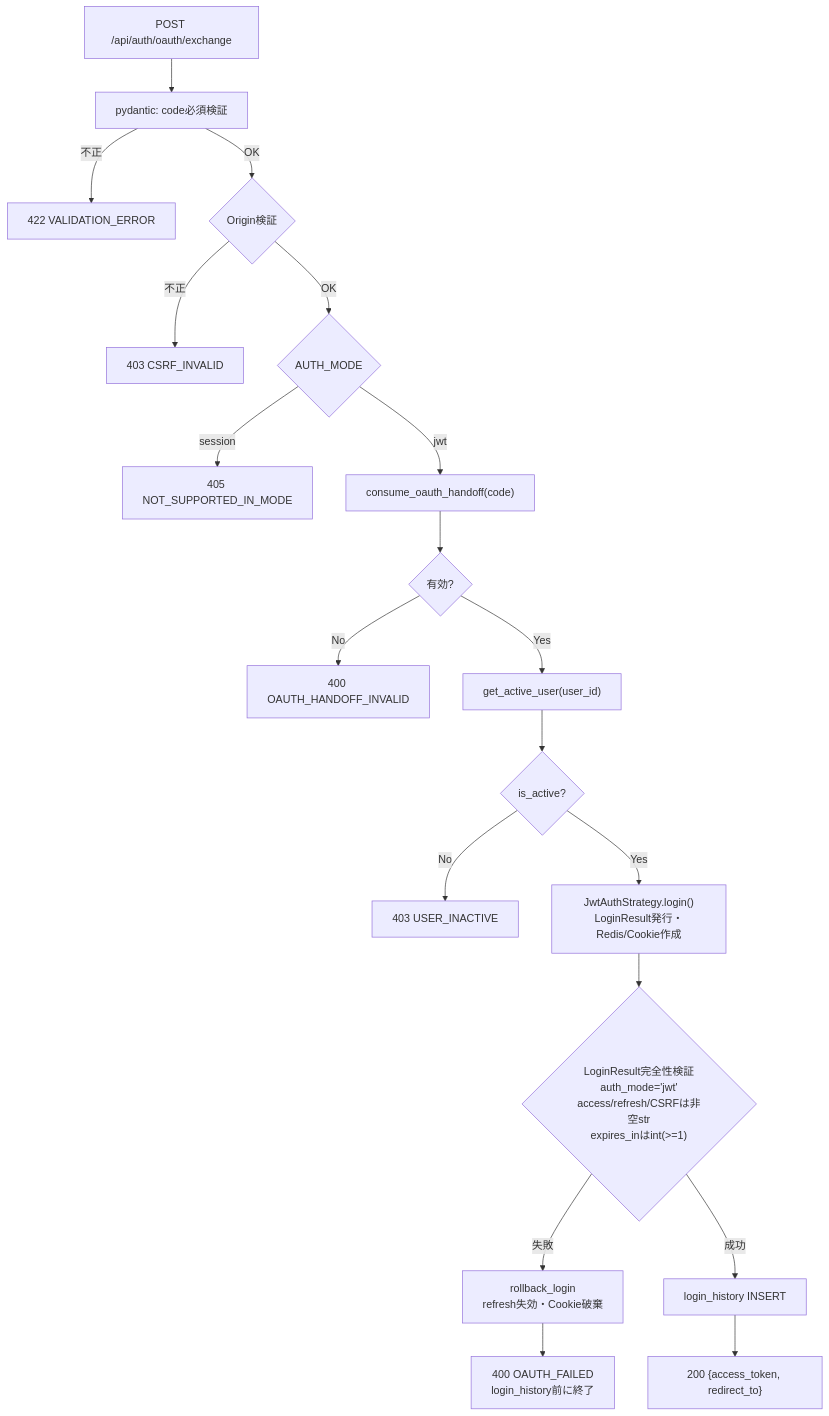
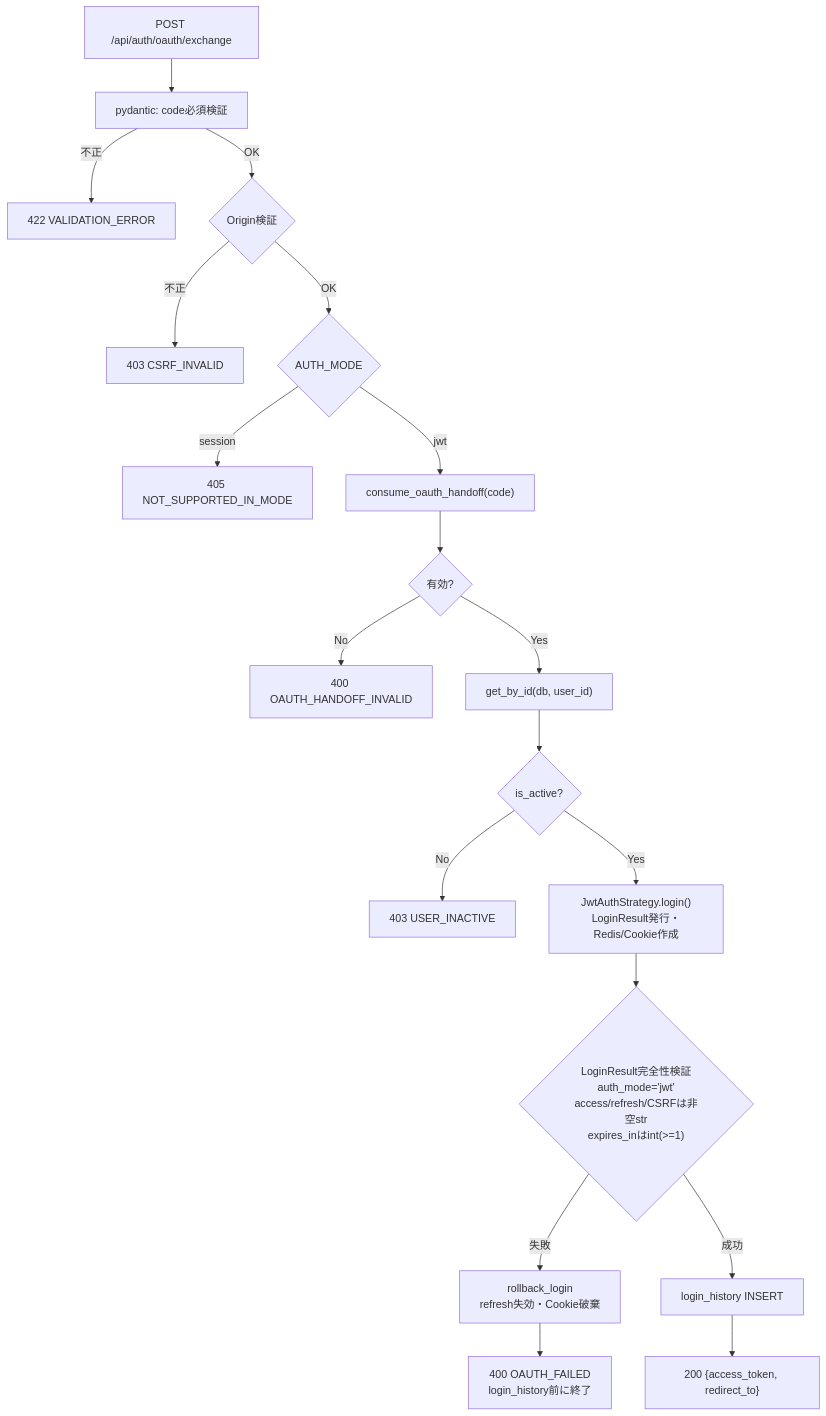
Before and after one commit to oikawa-d/task_management: the second of 4 diagrams in docs/detailed_design/api/auth/13_post_auth_oauth_exchange.md, drawn with Mermaid. The commit also changed other lines of this file and 7 other files, not shown here.

````diff
--- a/docs/detailed_design/api/auth/13_post_auth_oauth_exchange.md
+++ b/docs/detailed_design/api/auth/13_post_auth_oauth_exchange.md
@@ -168,21 +168,21 @@
 ```mermaid
 flowchart TB
     A["POST /api/auth/oauth/exchange"] --> B["pydantic: code必須検証"]
     B -->|不正| Z1["422 VALIDATION_ERROR"]
     B -->|OK| C{"Origin検証"}
     C -->|不正| Z2["403 CSRF_INVALID"]
     C -->|OK| D{"AUTH_MODE"}
     D -->|session| Z3["405 NOT_SUPPORTED_IN_MODE"]
     D -->|jwt| E["consume_oauth_handoff(code)"]
     E --> F{"有効?"}
     F -->|No| Z4["400 OAUTH_HANDOFF_INVALID"]
-    F -->|Yes| G["get_active_user(user_id)"]
+    F -->|Yes| G["get_by_id(db, user_id)"]
     G --> H{"is_active?"}
     H -->|No| Z5["403 USER_INACTIVE"]
     H -->|Yes| I["JwtAuthStrategy.login()\nLoginResult発行・Redis/Cookie作成"]
     I --> J{"LoginResult完全性検証\nauth_mode='jwt'\naccess/refresh/CSRFは非空str\nexpires_inはint(>=1)"}
     J -->|失敗| R["rollback_login\nrefresh失効・Cookie破棄"]
     R --> Z6["400 OAUTH_FAILED\nlogin_history前に終了"]
     J -->|成功| K["login_history INSERT"]
     K --> L["200 {access_token, redirect_to}"]
 ```
````
